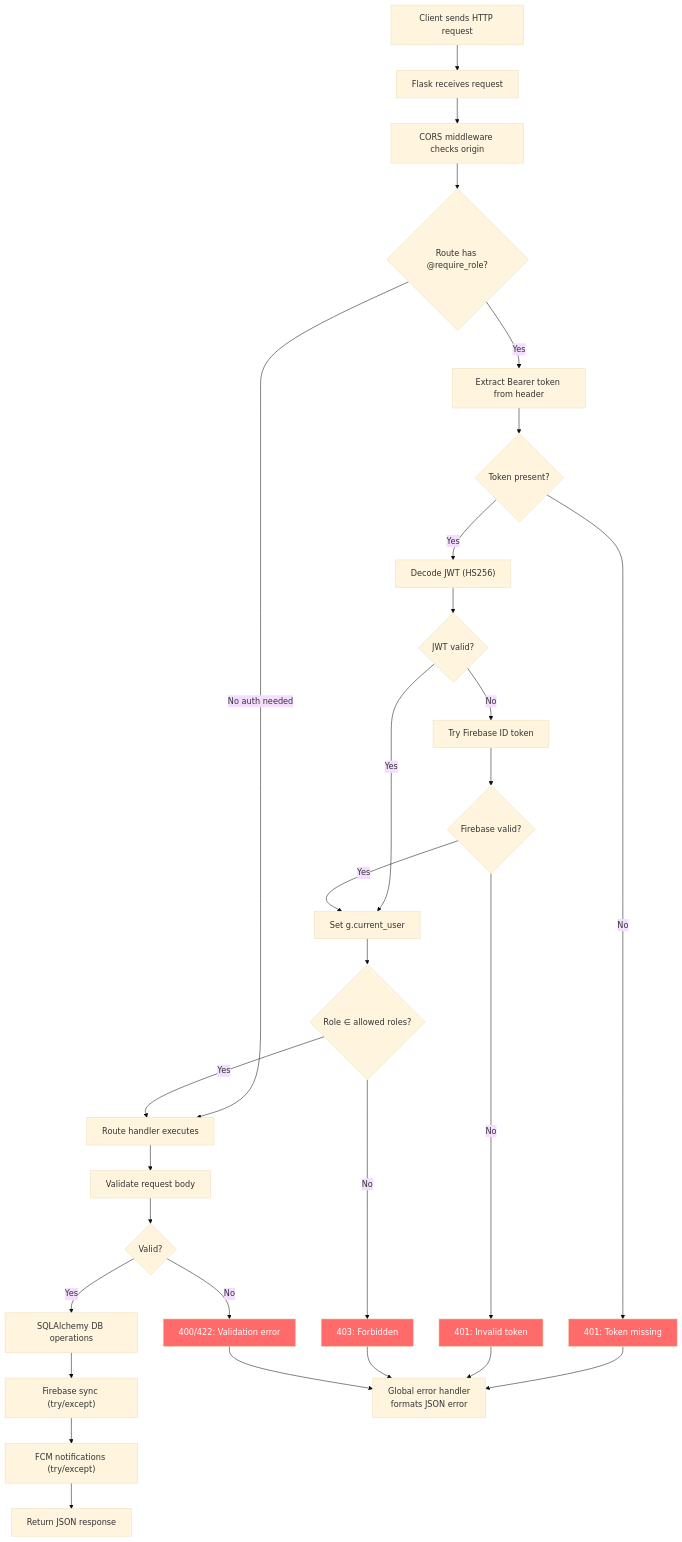
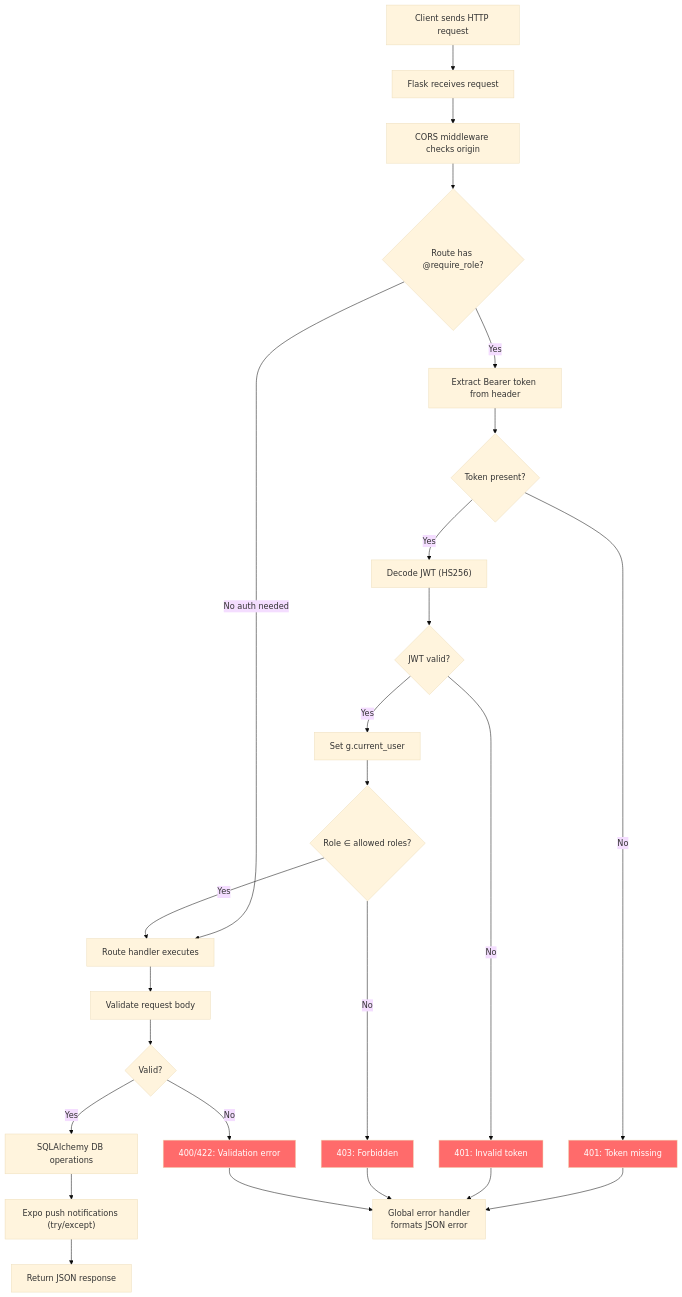
Before and after one commit to BishalLamichhane777/Project_Capstone: the tenth of 11 diagrams in Backend Sajak/backend/backend/PROJECT_FLOW.md, drawn with Mermaid (base theme). The commit also changed other lines of this file and 31 other files, not shown here.

````diff
--- a/Backend Sajak/backend/backend/PROJECT_FLOW.md
+++ b/Backend Sajak/backend/backend/PROJECT_FLOW.md
@@ -523,43 +492,39 @@
 ```mermaid
 flowchart TD
     A["Client sends HTTP request"] --> B["Flask receives request"]
     B --> C["CORS middleware checks origin"]
     C --> D{"Route has @require_role?"}
     
     D -->|No auth needed| H["Route handler executes"]
     D -->|Yes| E["Extract Bearer token from header"]
     
     E --> F{"Token present?"}
     F -->|No| X1["401: Token missing"]
     F -->|Yes| G["Decode JWT (HS256)"]
     
     G --> G1{"JWT valid?"}
     G1 -->|Yes| G2["Set g.current_user"]
-    G1 -->|No| G3["Try Firebase ID token"]
-    G3 --> G4{"Firebase valid?"}
-    G4 -->|Yes| G2
-    G4 -->|No| X2["401: Invalid token"]
+    G1 -->|No| X2["401: Invalid token"]
     
     G2 --> G5{"Role ∈ allowed roles?"}
     G5 -->|No| X3["403: Forbidden"]
     G5 -->|Yes| H
     
     H --> I["Validate request body"]
     I --> J{"Valid?"}
     J -->|No| X4["400/422: Validation error"]
     J -->|Yes| K["SQLAlchemy DB operations"]
     
-    K --> L["Firebase sync (try/except)"]
-    L --> M["FCM notifications (try/except)"]
-    M --> N["Return JSON response"]
+    K --> L["Expo push notifications (try/except)"]
+    L --> N["Return JSON response"]
     
     X1 --> Z["Global error handler\nformats JSON error"]
     X2 --> Z
     X3 --> Z
     X4 --> Z
 
     style X1 fill:#ff6b6b,color:#fff
     style X2 fill:#ff6b6b,color:#fff
     style X3 fill:#ff6b6b,color:#fff
     style X4 fill:#ff6b6b,color:#fff
 ```
````
